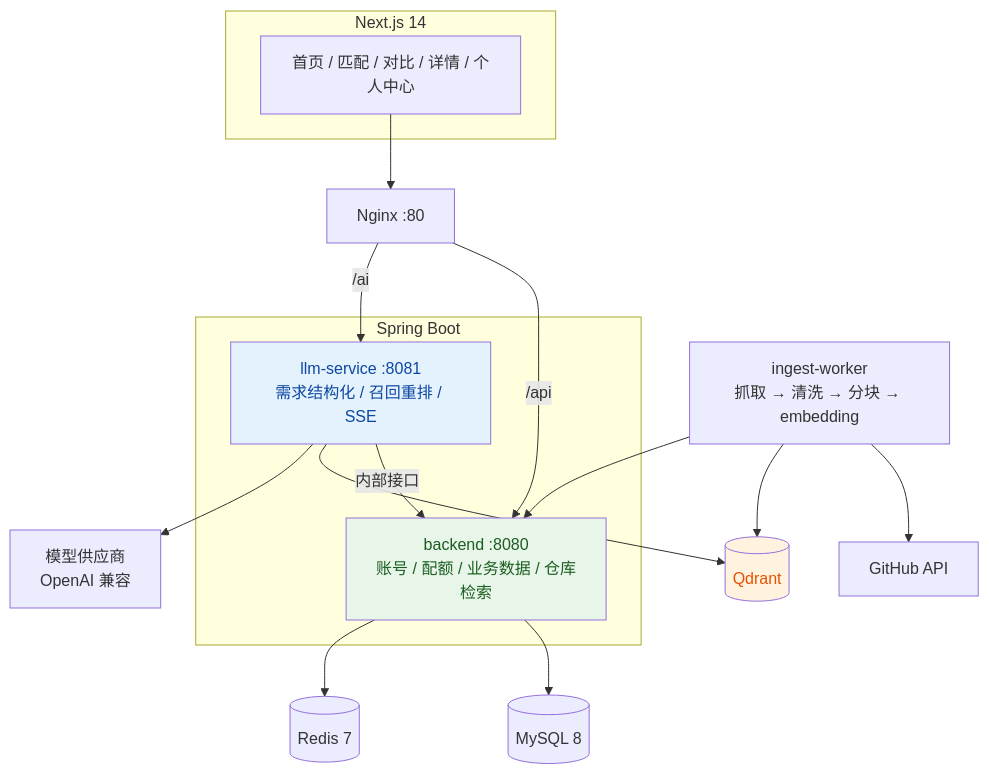
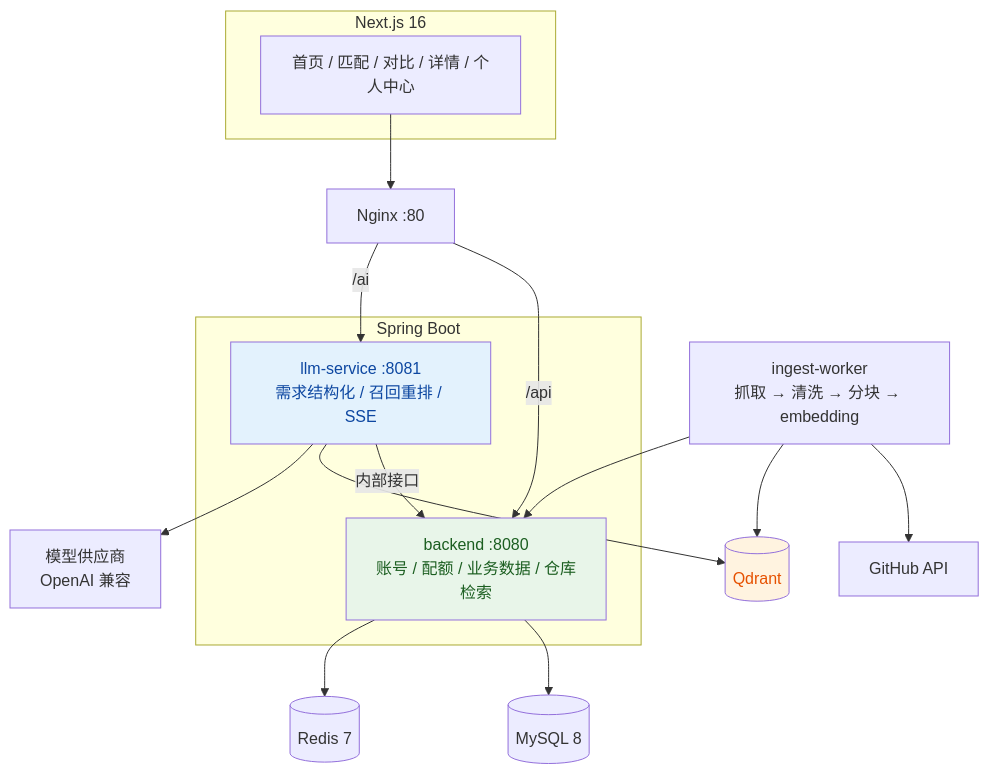
Before and after one commit to xxh11432/GitStarts: the second of 2 diagrams in README.md, drawn with Mermaid. The commit also changed other lines of this file and 56 other files, not shown here.

````diff
--- a/README.md
+++ b/README.md
@@ -107,36 +108,36 @@
 ```mermaid
 flowchart TB
-    subgraph FE[Next.js 14]
+    subgraph FE[Next.js 16]
         P[首页 / 匹配 / 对比 / 详情 / 个人中心]
     end
 
     N[Nginx :80]
 
     subgraph SVC[Spring Boot]
         B[backend :8080<br/>账号 / 配额 / 业务数据 / 仓库检索]
         L[llm-service :8081<br/>需求结构化 / 召回重排 / SSE]
     end
 
     M[(MySQL 8)]
     R[(Redis 7)]
     Q[(Qdrant)]
     W[ingest-worker<br/>抓取 → 清洗 → 分块 → embedding]
     G[GitHub API]
     LLM[模型供应商<br/>OpenAI 兼容]
 
     P --> N
     N -->|/api| B
     N -->|/ai| L
     L -->|内部接口| B
     B --> M
     B --> R
     L --> Q
     L --> LLM
     W --> G
     W --> B
     W --> Q
 
     style B fill:#e8f5e9,color:#1b5e20
     style L fill:#e3f2fd,color:#0d47a1
     style Q fill:#fff3e0,color:#e65100
 ```
````
